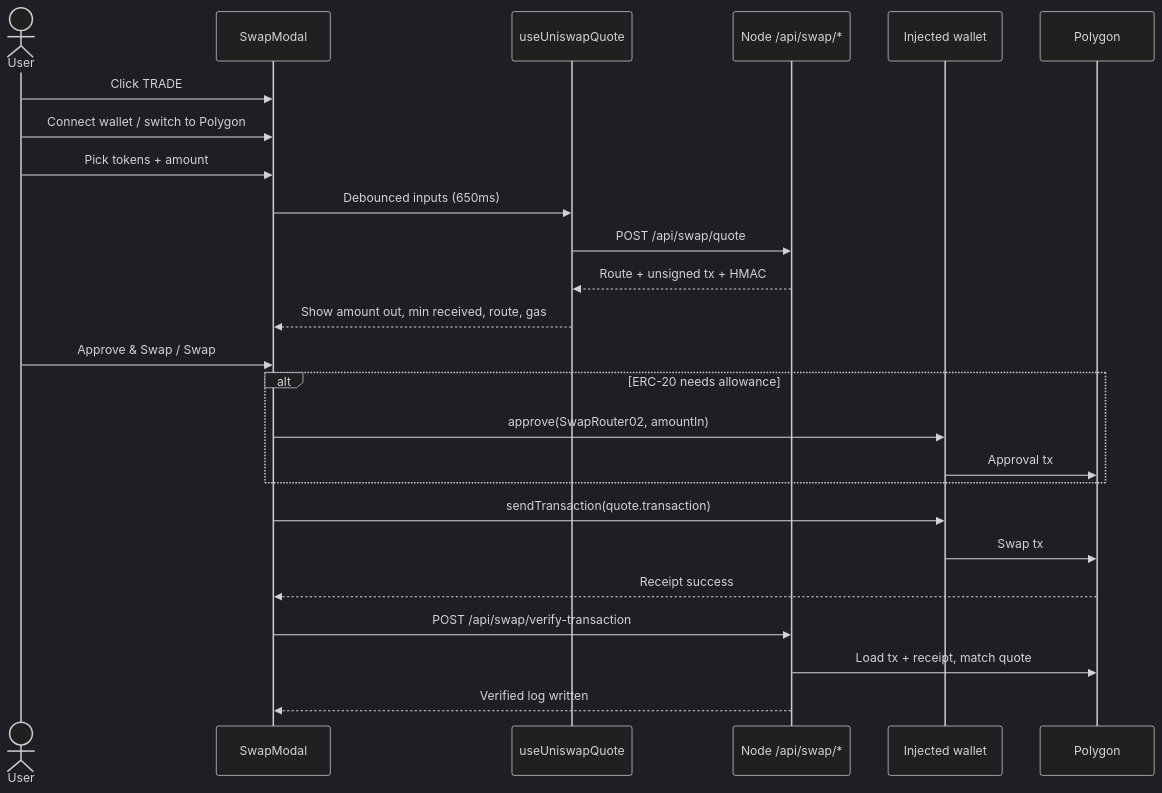
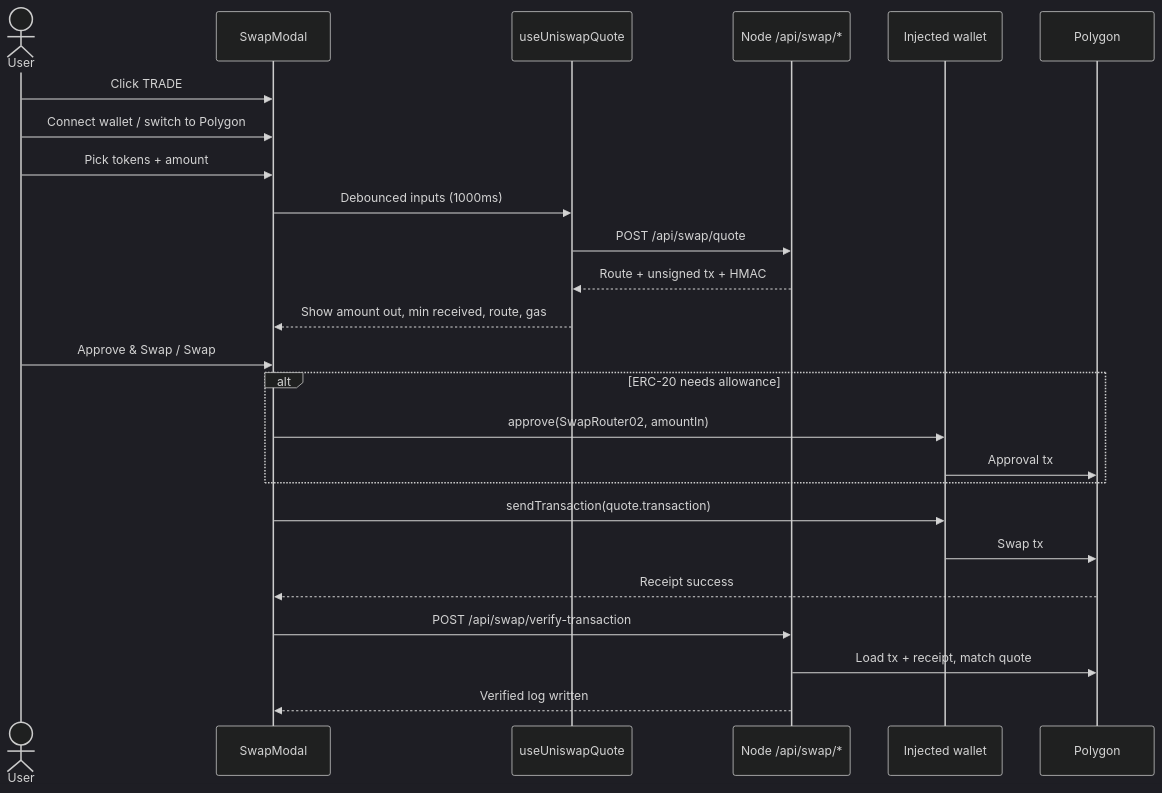
One commit to lx-production/prana-stats-revamp changed the second of 3 diagrams in docs/swap-modal-technical-overview.md. Above: the diagram before and after it, drawn with Mermaid (dark theme). The commit also changed other lines of this file and 5 other files, not shown here.

````diff
--- a/docs/swap-modal-technical-overview.md
+++ b/docs/swap-modal-technical-overview.md
@@ -89,29 +89,29 @@
 ```mermaid
 sequenceDiagram
   actor User
   participant Modal as SwapModal
   participant Quote as useUniswapQuote
   participant API as Node /api/swap/*
   participant Wallet as Injected wallet
   participant Chain as Polygon
 
   User->>Modal: Click TRADE
   User->>Modal: Connect wallet / switch to Polygon
   User->>Modal: Pick tokens + amount
-  Modal->>Quote: Debounced inputs (650ms)
+  Modal->>Quote: Debounced inputs (1000ms)
   Quote->>API: POST /api/swap/quote
   API-->>Quote: Route + unsigned tx + HMAC
   Quote-->>Modal: Show amount out, min received, route, gas
 
   User->>Modal: Approve & Swap / Swap
   alt ERC-20 needs allowance
     Modal->>Wallet: approve(SwapRouter02, amountIn)
     Wallet->>Chain: Approval tx
   end
   Modal->>Wallet: sendTransaction(quote.transaction)
   Wallet->>Chain: Swap tx
   Chain-->>Modal: Receipt success
   Modal->>API: POST /api/swap/verify-transaction
   API->>Chain: Load tx + receipt, match quote
   API-->>Modal: Verified log written
 ```
````
